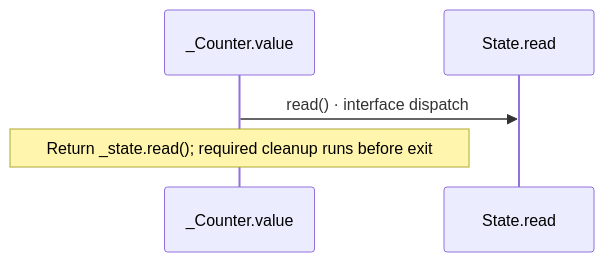
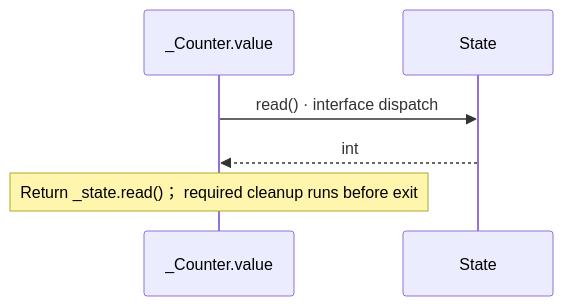
The fourth of 4 diagrams in docs/examples/approved-design/counters-diagrams.md (GreenPandaStudios/augscript), drawn with Mermaid before and after one commit. The commit also changed other lines of this file and 524 other files, not shown here.

Commit message:
Explain checked data flow at folder and service levels

````diff
--- a/docs/examples/approved-design/counters-diagrams.md
+++ b/docs/examples/approved-design/counters-diagrams.md
@@ -180,7 +140,8 @@
 ```mermaid
 sequenceDiagram
     participant p0 as _Counter.value
-    participant p1 as State.read
+    participant p1 as State
     p0->>p1: read() · interface dispatch
-    Note over p0: Return _state.read()#59; required cleanup runs before exit
+    p1-->>p0: int
+    Note over p0: Return _state.read()； required cleanup runs before exit
 ```
````
